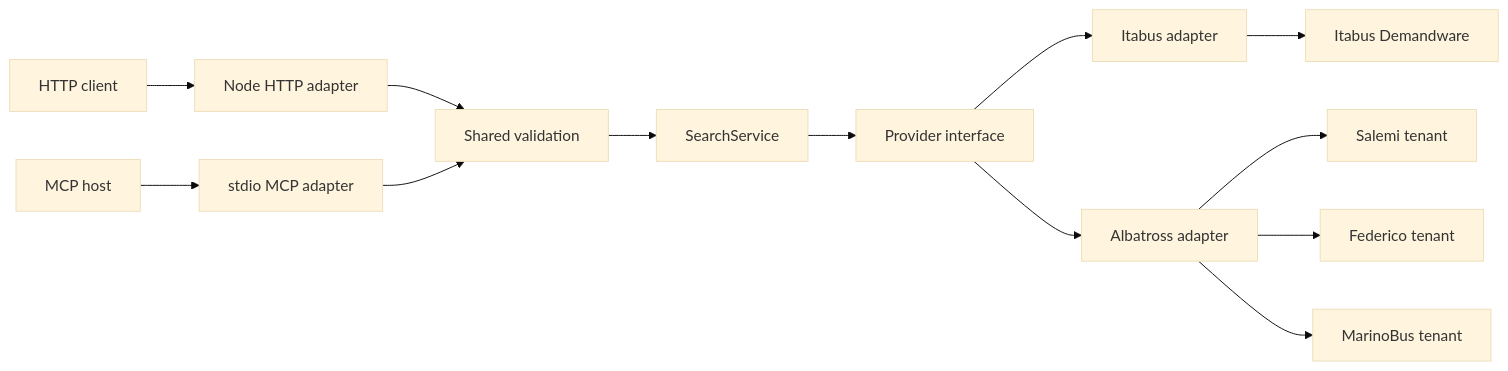
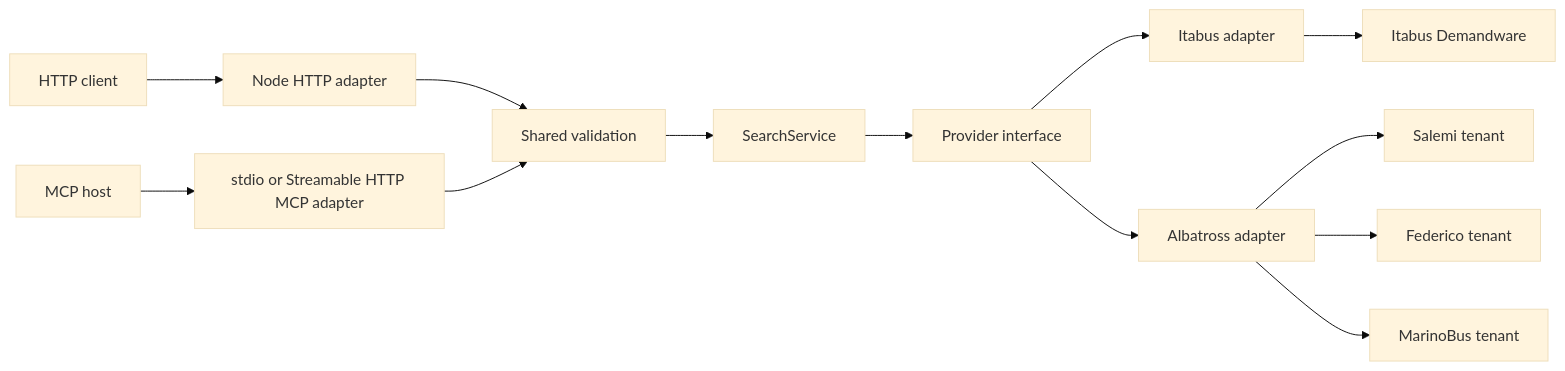
The diagram in docs/architecture.md (Alexxanddr/italian-bus-search), drawn with Mermaid (base theme) before and after one commit. The commit also changed other lines of this file and 14 other files, not shown here.

Commit message:
feat: add containerized streamable HTTP MCP server

````diff
--- a/docs/architecture.md
+++ b/docs/architecture.md
@@ -29,15 +29,15 @@
 ```mermaid
 flowchart LR
     HTTPClient[HTTP client] --> HTTP[Node HTTP adapter]
-    MCPHost[MCP host] --> MCP[stdio MCP adapter]
+    MCPHost[MCP host] --> MCP[stdio or Streamable HTTP MCP adapter]
     HTTP --> Validation[Shared validation]
     MCP --> Validation
     Validation --> Search[SearchService]
     Search --> Contract[Provider interface]
     Contract --> Itabus[Itabus adapter]
     Contract --> Albatross[Albatross adapter]
     Itabus --> ItabusRemote[Itabus Demandware]
     Albatross --> Salemi[Salemi tenant]
     Albatross --> Federico[Federico tenant]
     Albatross --> MarinoBus[MarinoBus tenant]
 ```
````
